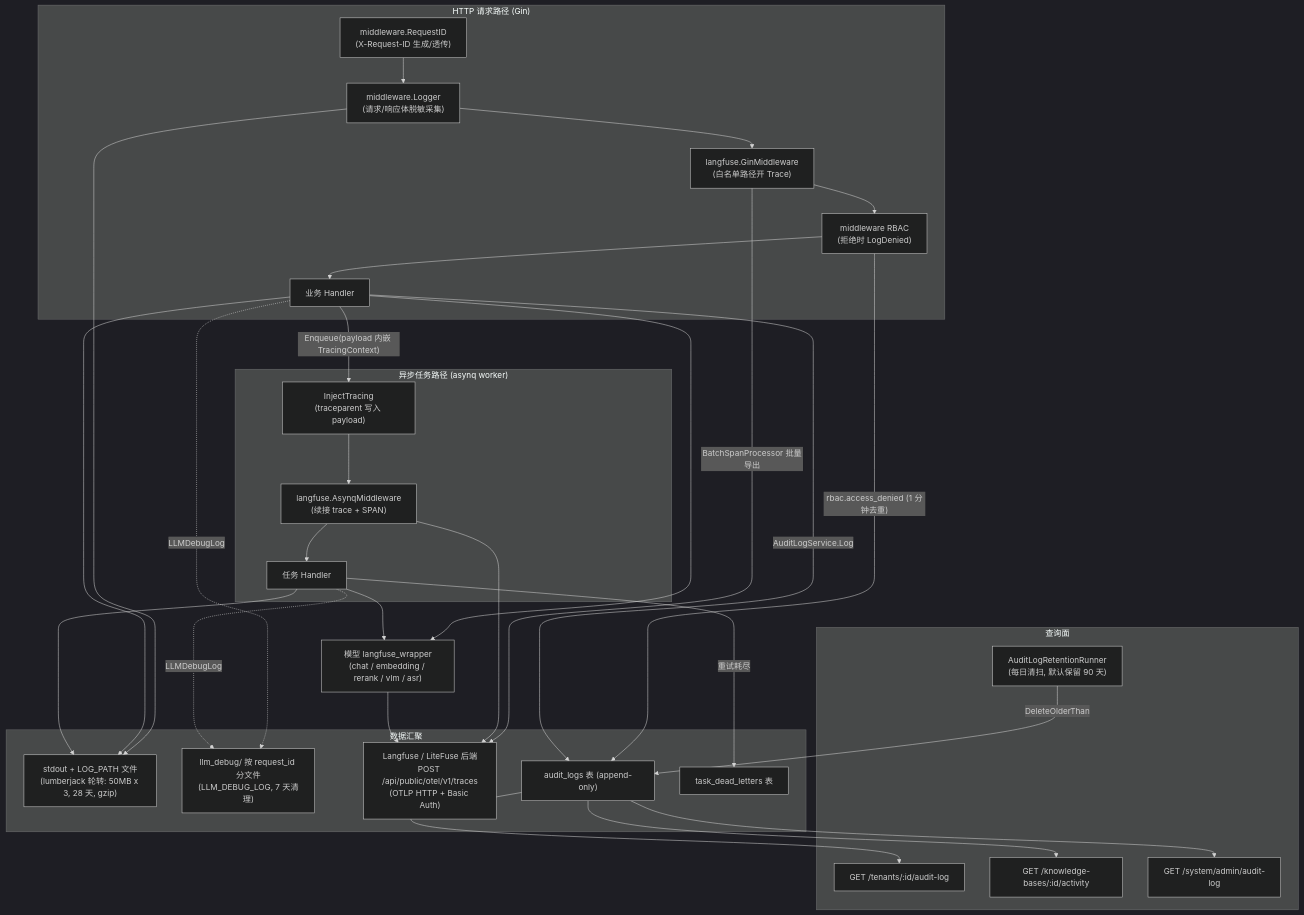
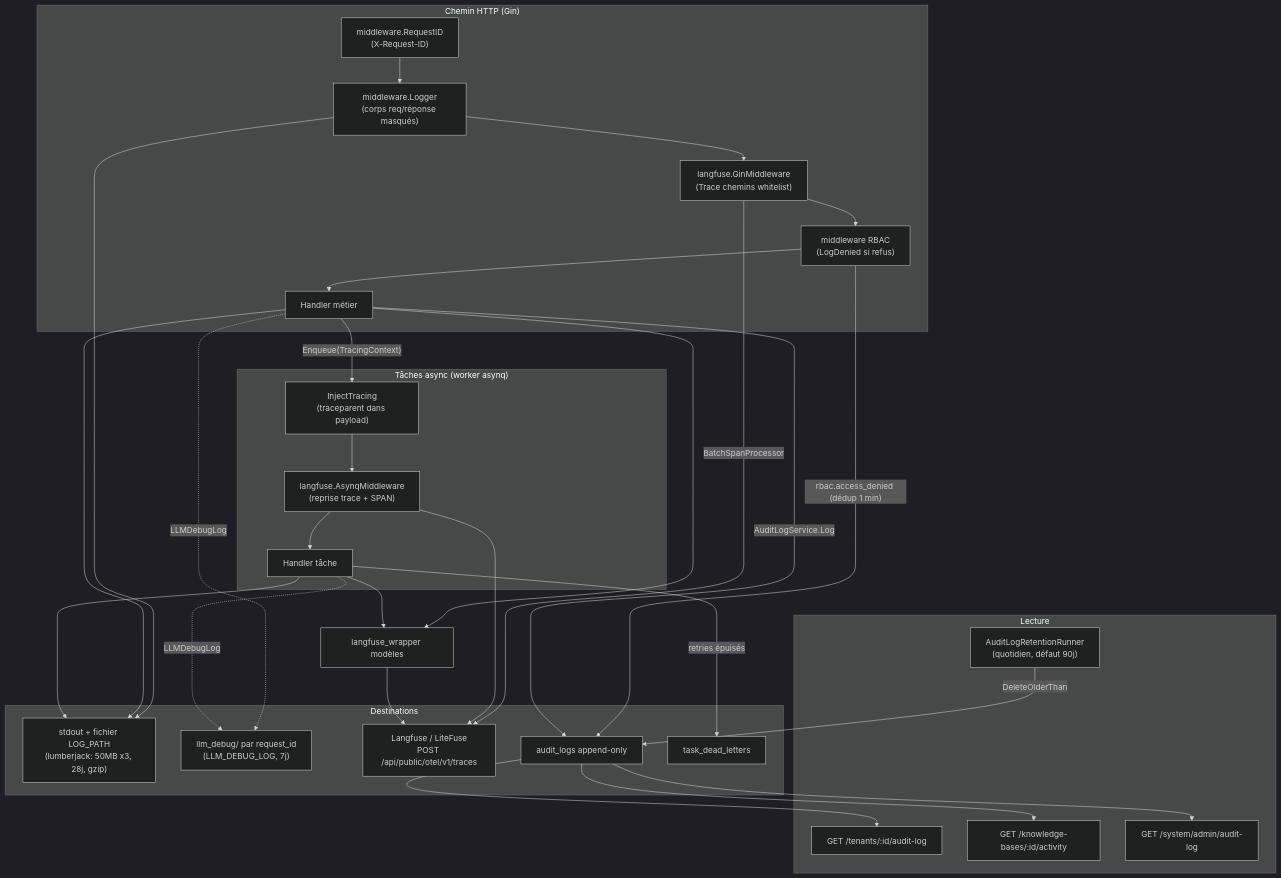
Before and after one commit to samiriggui-code/gsms-template: the second of 2 diagrams in website-docs/03-features/16-observability.md, drawn with Mermaid (dark theme). The commit also changed other lines of this file and 301 other files, not shown here.

````diff
--- a/website-docs/03-features/16-observability.md
+++ b/website-docs/03-features/16-observability.md
@@ -246,52 +241,52 @@
 ```mermaid
 flowchart TB
-    subgraph HTTP["HTTP 请求路径 (Gin)"]
-        RID["middleware.RequestID<br/>(X-Request-ID 生成/透传)"]
-        RLOG["middleware.Logger<br/>(请求/响应体脱敏采集)"]
-        LFMW["langfuse.GinMiddleware<br/>(白名单路径开 Trace)"]
-        RBAC["middleware RBAC<br/>(拒绝时 LogDenied)"]
-        H["业务 Handler"]
+    subgraph HTTP["Chemin HTTP (Gin)"]
+        RID["middleware.RequestID<br/>(X-Request-ID)"]
+        RLOG["middleware.Logger<br/>(corps req/réponse masqués)"]
+        LFMW["langfuse.GinMiddleware<br/>(Trace chemins whitelist)"]
+        RBAC["middleware RBAC<br/>(LogDenied si refus)"]
+        H["Handler métier"]
         RID --> RLOG --> LFMW --> RBAC --> H
     end
 
-    subgraph ASYNC["异步任务路径 (asynq worker)"]
-        INJ["InjectTracing<br/>(traceparent 写入 payload)"]
-        AMW["langfuse.AsynqMiddleware<br/>(续接 trace + SPAN)"]
-        WH["任务 Handler"]
+    subgraph ASYNC["Tâches async (worker asynq)"]
+        INJ["InjectTracing<br/>(traceparent dans payload)"]
+        AMW["langfuse.AsynqMiddleware<br/>(reprise trace + SPAN)"]
+        WH["Handler tâche"]
         INJ --> AMW --> WH
     end
-    H -->|"Enqueue(payload 内嵌 TracingContext)"| INJ
+    H -->|"Enqueue(TracingContext)"| INJ
 
-    subgraph SINKS["数据汇聚"]
-        STDOUT["stdout + LOG_PATH 文件<br/>(lumberjack 轮转: 50MB x 3, 28 天, gzip)"]
-        LLMDBG["llm_debug/ 按 request_id 分文件<br/>(LLM_DEBUG_LOG, 7 天清理)"]
-        LFB["Langfuse / LiteFuse 后端<br/>POST /api/public/otel/v1/traces<br/>(OTLP HTTP + Basic Auth)"]
-        ADB["audit_logs 表 (append-only)"]
-        DLDB["task_dead_letters 表"]
+    subgraph SINKS["Destinations"]
+        STDOUT["stdout + fichier LOG_PATH<br/>(lumberjack: 50MB x3, 28j, gzip)"]
+        LLMDBG["llm_debug/ par request_id<br/>(LLM_DEBUG_LOG, 7j)"]
+        LFB["Langfuse / LiteFuse<br/>POST /api/public/otel/v1/traces"]
+        ADB["audit_logs append-only"]
+        DLDB["task_dead_letters"]
     end
 
     RLOG --> STDOUT
     H --> STDOUT
     WH --> STDOUT
     H -.->|"LLMDebugLog"| LLMDBG
     WH -.->|"LLMDebugLog"| LLMDBG
-    LFMW -->|"BatchSpanProcessor 批量导出"| LFB
+    LFMW -->|"BatchSpanProcessor"| LFB
     AMW --> LFB
-    GEN["模型 langfuse_wrapper<br/>(chat / embedding / rerank / vlm / asr)"] --> LFB
+    GEN["langfuse_wrapper modèles"] --> LFB
     H --> GEN
     WH --> GEN
-    RBAC -->|"rbac.access_denied (1 分钟去重)"| ADB
+    RBAC -->|"rbac.access_denied (dédup 1 min)"| ADB
     H -->|"AuditLogService.Log"| ADB
-    WH -->|"重试耗尽"| DLDB
+    WH -->|"retries épuisés"| DLDB
 
-    subgraph READERS["查询面"]
+    subgraph READERS["Lecture"]
         API1["GET /tenants/:id/audit-log"]
         API2["GET /knowledge-bases/:id/activity"]
         API3["GET /system/admin/audit-log"]
-        RET["AuditLogRetentionRunner<br/>(每日清扫, 默认保留 90 天)"]
+        RET["AuditLogRetentionRunner<br/>(quotidien, défaut 90j)"]
     end
     ADB --> API1
     ADB --> API2
     ADB --> API3
     RET -->|"DeleteOlderThan"| ADB
 ```
````
